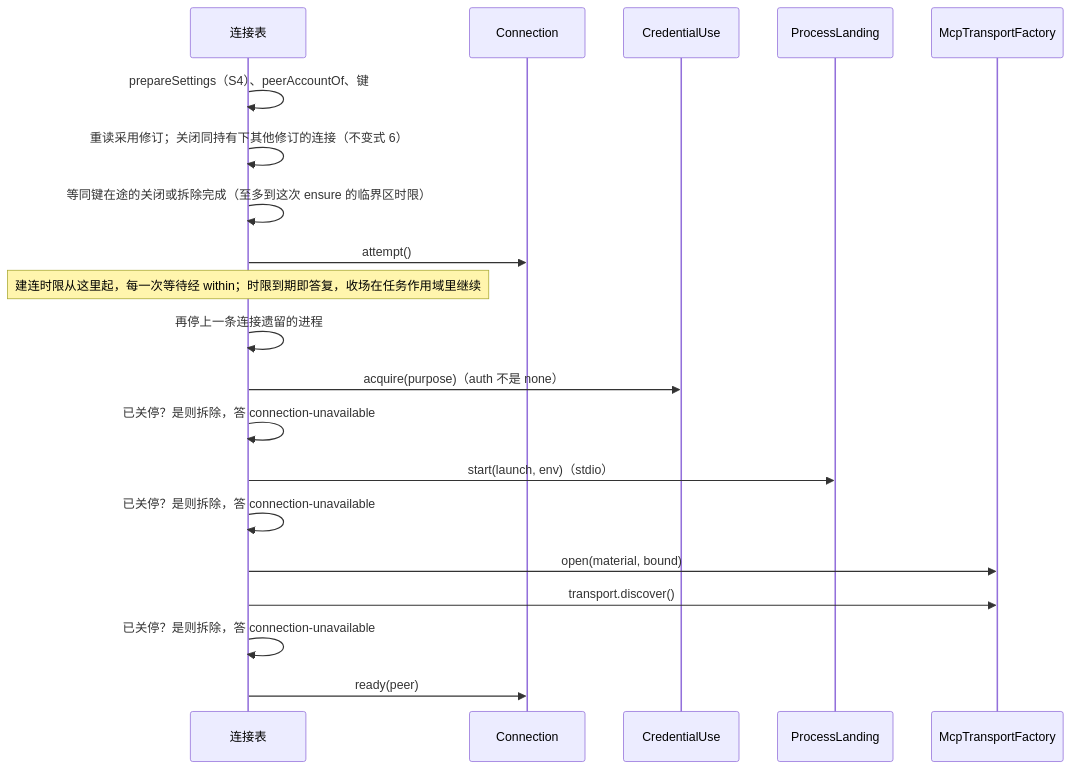
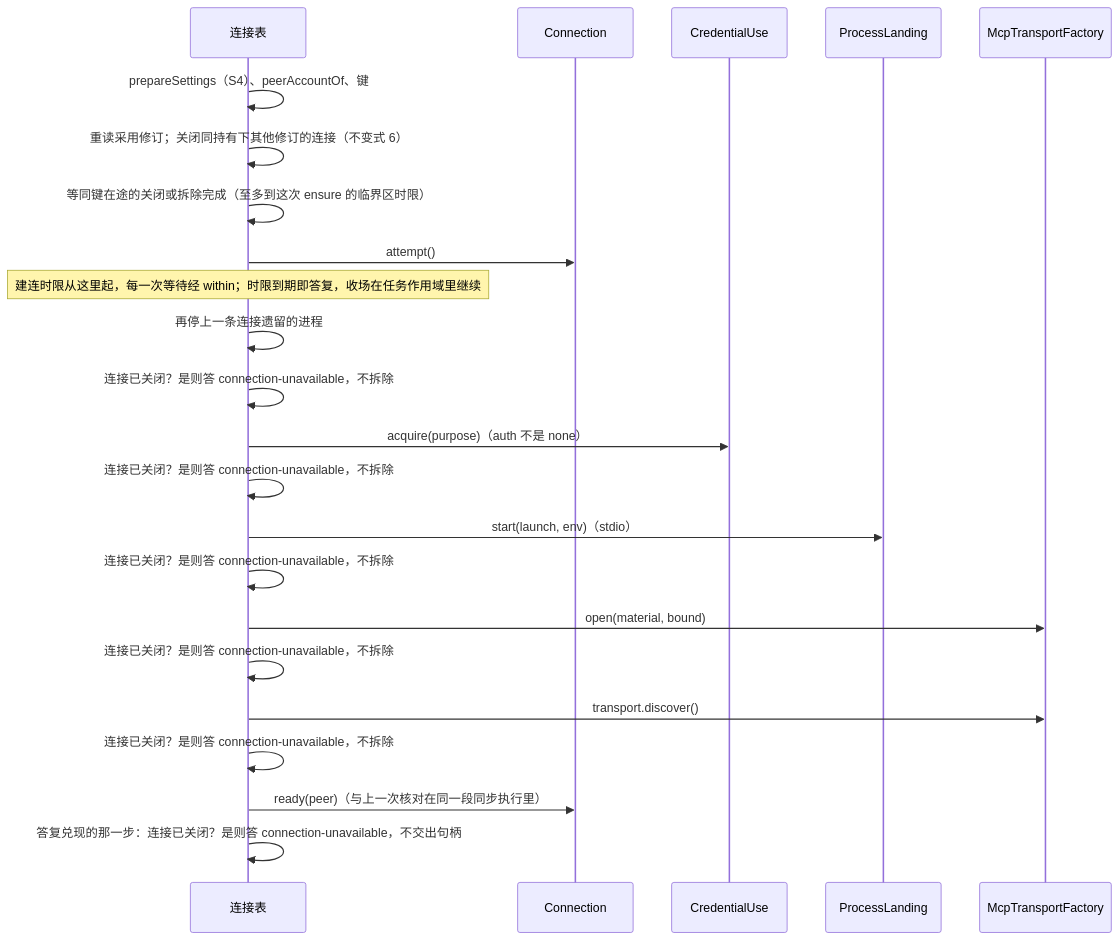
Before and after one commit to nemori-ai/omne-harness-lite: the second of 4 diagrams in packages/mcp/mcp/docs/flows.md, drawn with Mermaid. The commit also changed other lines of this file and 24 other files, not shown here.

````diff
--- a/packages/mcp/mcp/docs/flows.md
+++ b/packages/mcp/mcp/docs/flows.md
@@ -37,22 +37,25 @@
 ```mermaid
 sequenceDiagram
     participant T as 连接表
     participant A as Connection
     participant U as CredentialUse
     participant L as ProcessLanding
     participant F as McpTransportFactory
     T->>T: prepareSettings（S4）、peerAccountOf、键
     T->>T: 重读采用修订；关闭同持有下其他修订的连接（不变式 6）
     T->>T: 等同键在途的关闭或拆除完成（至多到这次 ensure 的临界区时限）
     T->>A: attempt()
     note over T: 建连时限从这里起，每一次等待经 within；时限到期即答复，收场在任务作用域里继续
     T->>T: 再停上一条连接遗留的进程
+    T->>T: 连接已关闭？是则答 connection-unavailable，不拆除
     T->>U: acquire(purpose)（auth 不是 none）
-    T->>T: 已关停？是则拆除，答 connection-unavailable
+    T->>T: 连接已关闭？是则答 connection-unavailable，不拆除
     T->>L: start(launch, env)（stdio）
-    T->>T: 已关停？是则拆除，答 connection-unavailable
+    T->>T: 连接已关闭？是则答 connection-unavailable，不拆除
     T->>F: open(material, bound)
+    T->>T: 连接已关闭？是则答 connection-unavailable，不拆除
     T->>F: transport.discover()
-    T->>T: 已关停？是则拆除，答 connection-unavailable
-    T->>A: ready(peer)
+    T->>T: 连接已关闭？是则答 connection-unavailable，不拆除
+    T->>A: ready(peer)（与上一次核对在同一段同步执行里）
+    T->>T: 答复兑现的那一步：连接已关闭？是则答 connection-unavailable，不交出句柄
 ```
````
